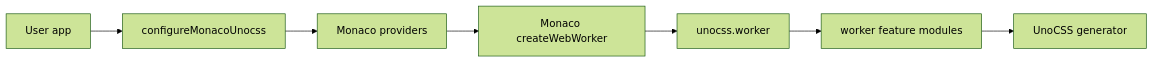
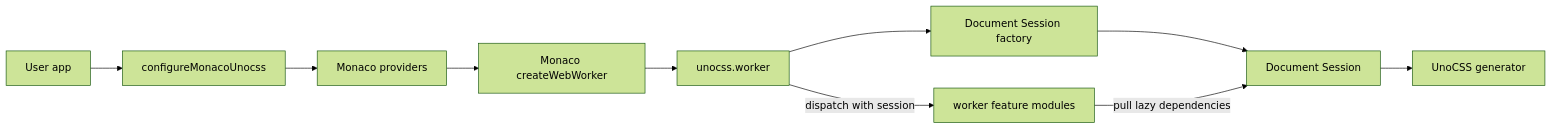
One commit to ilyaliao/monaco-unocss changed the first of 2 diagrams in AGENTS.md. Above: the diagram before and after it, drawn with Mermaid (forest theme). The commit also changed other lines of this file and 10 other files, not shown here.

Commit message:
refactor: centralize document session lifecycle

````diff
--- a/AGENTS.md
+++ b/AGENTS.md
@@ -12,9 +12,12 @@
 ```mermaid
 flowchart LR
   App["User app"] --> Configure["configureMonacoUnocss"]
   Configure --> Providers["Monaco providers"]
   Providers --> MonacoWorker["Monaco createWebWorker"]
   MonacoWorker --> Worker["unocss.worker"]
-  Worker --> Features["worker feature modules"]
-  Features --> Uno["UnoCSS generator"]
+  Worker --> Factory["Document Session factory"]
+  Factory --> Session["Document Session"]
+  Worker -->|dispatch with session| Features["worker feature modules"]
+  Features -->|pull lazy dependencies| Session
+  Session --> Uno["UnoCSS generator"]
 ```
````
